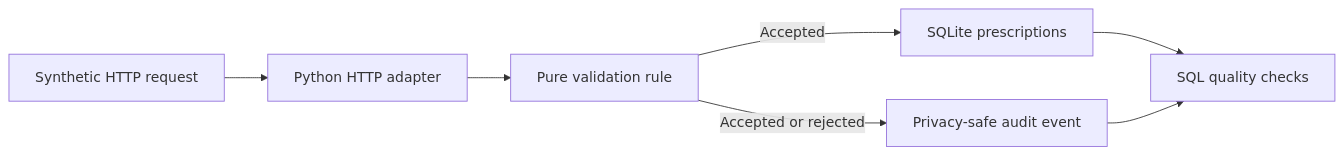
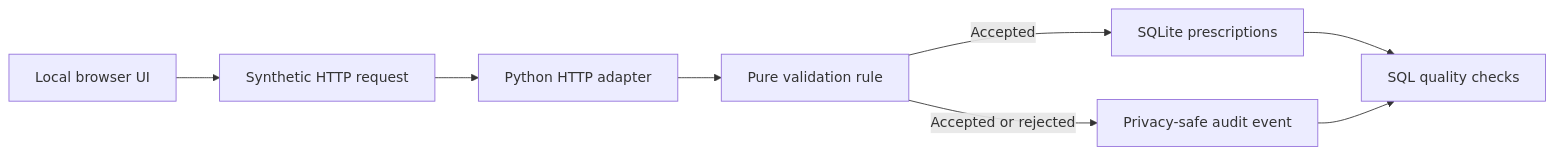
One commit to Jimezeros/rxcare-healthtech-qa-case-study changed the diagram in README.md. Above: the diagram before and after it, drawn with Mermaid. The commit also changed other lines of this file and 15 other files, not shown here.

````diff
--- a/README.md
+++ b/README.md
@@ -45,9 +48,10 @@
 ```mermaid
 flowchart LR
-    A["Synthetic HTTP request"] --> B["Python HTTP adapter"]
+    U["Local browser UI"] --> A["Synthetic HTTP request"]
+    A --> B["Python HTTP adapter"]
     B --> C["Pure validation rule"]
     C -->|"Accepted"| D["SQLite prescriptions"]
     C -->|"Accepted or rejected"| E["Privacy-safe audit event"]
     D --> F["SQL quality checks"]
     E --> F
 ```
````
